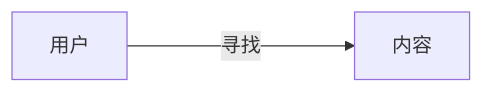
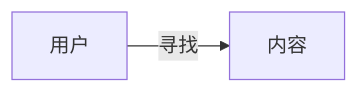
Diagram 16 of 19 in 中间件/Redis-实战.md (csliujw/CodeNotes), drawn with Mermaid before and after one commit. The commit also changed other lines of this file and 27 other files, not shown here.

Commit message:
整合笔记内容，清理部分无用图片，新增部分读书笔记

````diff
--- a/中间件/Redis-实战.md
+++ b/中间件/Redis-实战.md
@@ -2160,4 +3101,4 @@
 ```mermaid
 graph LR
-用户---->|寻找|内容
+用户-->|寻找|内容
 ```
````
